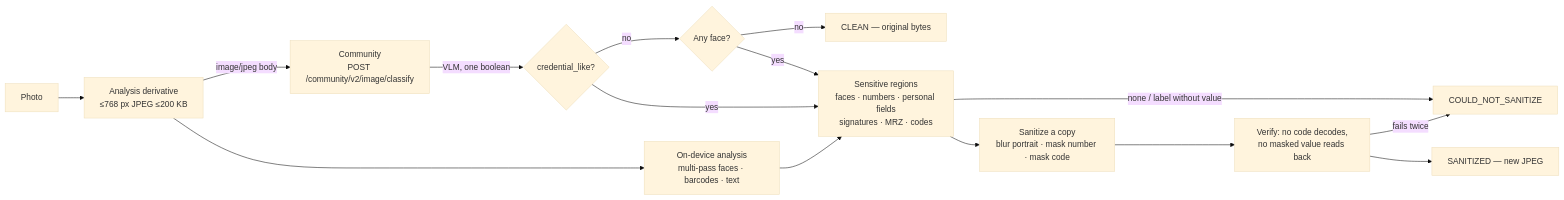
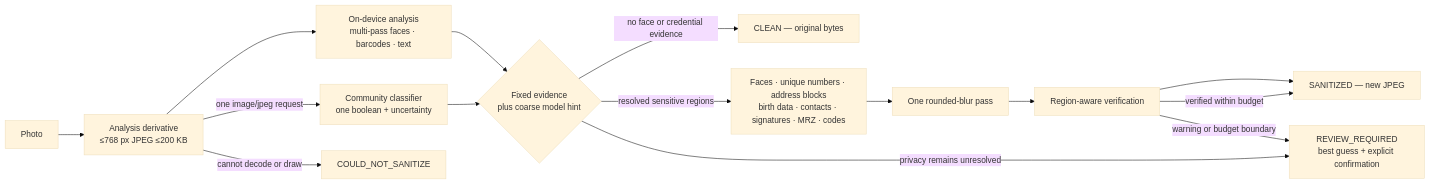
One commit to gy-yywq-s/HOney-refreshed changed the diagram in docs/architecture/credential-image-sanitation.md. Above: the diagram before and after it, drawn with Mermaid (base theme). The commit also changed other lines of this file and 2 other files, not shown here.

````diff
--- a/docs/architecture/credential-image-sanitation.md
+++ b/docs/architecture/credential-image-sanitation.md
@@ -10,17 +10,17 @@
 ```mermaid
 flowchart LR
   P[Photo] --> D[Analysis derivative<br/>≤768 px JPEG ≤200 KB]
-  D -->|image/jpeg body| C[Community<br/>POST /community/v2/image/classify]
-  C -->|VLM, one boolean| V{credential_like?}
+  D -->|one image/jpeg request| C[Community classifier<br/>one boolean + uncertainty]
   D --> L[On-device analysis<br/>multi-pass faces · barcodes · text]
-  V -->|no| F{Any face?}
-  F -->|no| CLEAN[CLEAN — original bytes]
-  F -->|yes| R[Sensitive regions]
-  V -->|yes| R[Sensitive regions<br/>faces · numbers · personal fields<br/>signatures · MRZ · codes]
-  L --> R
-  R -->|none / label without value| X[COULD_NOT_SANITIZE]
-  R --> S[Sanitize a copy<br/>blur portrait · mask number · mask code]
-  S --> VF[Verify: no code decodes,<br/>no masked value reads back]
-  VF -->|fails twice| X
+  C --> E{Fixed evidence<br/>plus coarse model hint}
+  L --> E
+  E -->|no face or credential evidence| CLEAN[CLEAN — original bytes]
+  E -->|resolved sensitive regions| R[Faces · unique numbers · address blocks<br/>birth data · contacts · signatures · MRZ · codes]
+  E -->|privacy remains unresolved| REVIEW[REVIEW_REQUIRED<br/>best guess + explicit confirmation]
+  R --> S[One rounded-blur pass]
+  S --> VF[Region-aware verification]
+  VF -->|verified within budget| OK[SANITIZED — new JPEG]
+  VF -->|warning or budget boundary| REVIEW
+  D -->|cannot decode or draw| X[COULD_NOT_SANITIZE]
   VF --> OK[SANITIZED — new JPEG]
 ```
````
